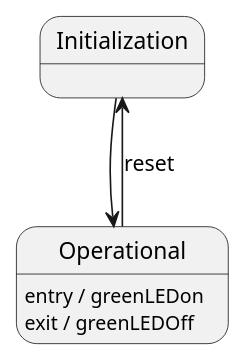
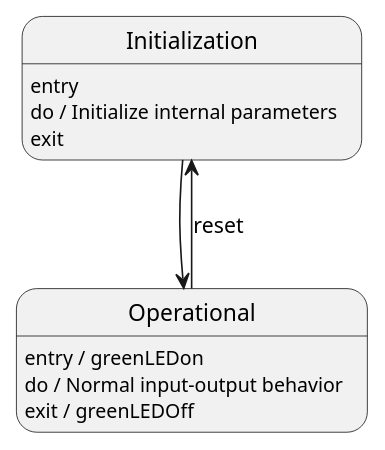
Before and after one commit to ManiGautason/T-738-EMBE: the diagram in Projects/Project_3/docs/diagrams/src/sate.wsd, drawn with PlantUML.

Commit message:
Update sate.wsd
added enty, do and exit to both states

```diff
--- a/Projects/Project_3/docs/diagrams/src/sate.wsd
+++ b/Projects/Project_3/docs/diagrams/src/sate.wsd
@@ -1,18 +1,21 @@
 @startuml state_diagram
 
 ' [*] -->  Initialization : Init
 
 state Initialization {
-
+    Initialization: entry
+    Initialization: do / Initialize internal parameters
+    Initialization: exit
 }
 
 Initialization --> Operational
 
 
 state Operational {
     Operational: entry / greenLEDon
+    Operational: do / Normal input-output behavior
     Operational: exit / greenLEDOff
 }
 
 Operational --> Initialization : reset
 @enduml
```
